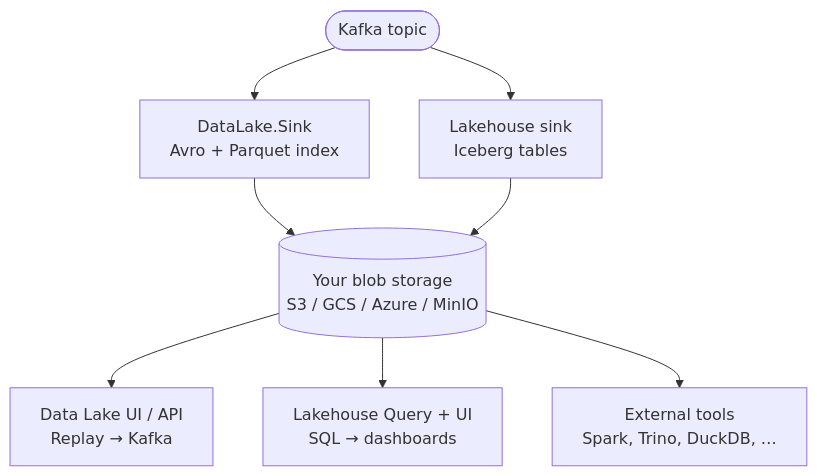
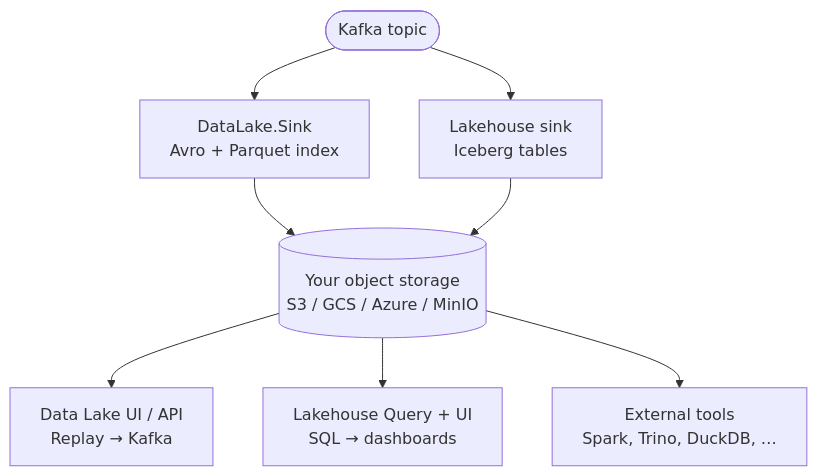
Before and after one commit to quixio/quix-docs: the diagram in docs/quix-cloud/quix-lake/overview.md, drawn with Mermaid. The commit also changed other lines of this file and 36 other files, not shown here.

````diff
--- a/docs/quix-cloud/quix-lake/overview.md
+++ b/docs/quix-cloud/quix-lake/overview.md
@@ -68,18 +68,18 @@
 ```mermaid
 flowchart TB
     topic([Kafka topic])
     dlSink["DataLake.Sink<br/>Avro + Parquet index"]
     lhSink["Lakehouse sink<br/>Iceberg tables"]
-    bucket[("Your blob storage<br/>S3 / GCS / Azure / MinIO")]
+    bucket[("Your object storage<br/>S3 / GCS / Azure / MinIO")]
     dlUi["Data Lake UI / API<br/>Replay → Kafka"]
     lhQuery["Lakehouse Query + UI<br/>SQL → dashboards"]
     external["External tools<br/>Spark, Trino, DuckDB, …"]
 
     topic --> dlSink
     topic --> lhSink
     dlSink --> bucket
     lhSink --> bucket
     bucket --> dlUi
     bucket --> lhQuery
     bucket --> external
 ```
````
